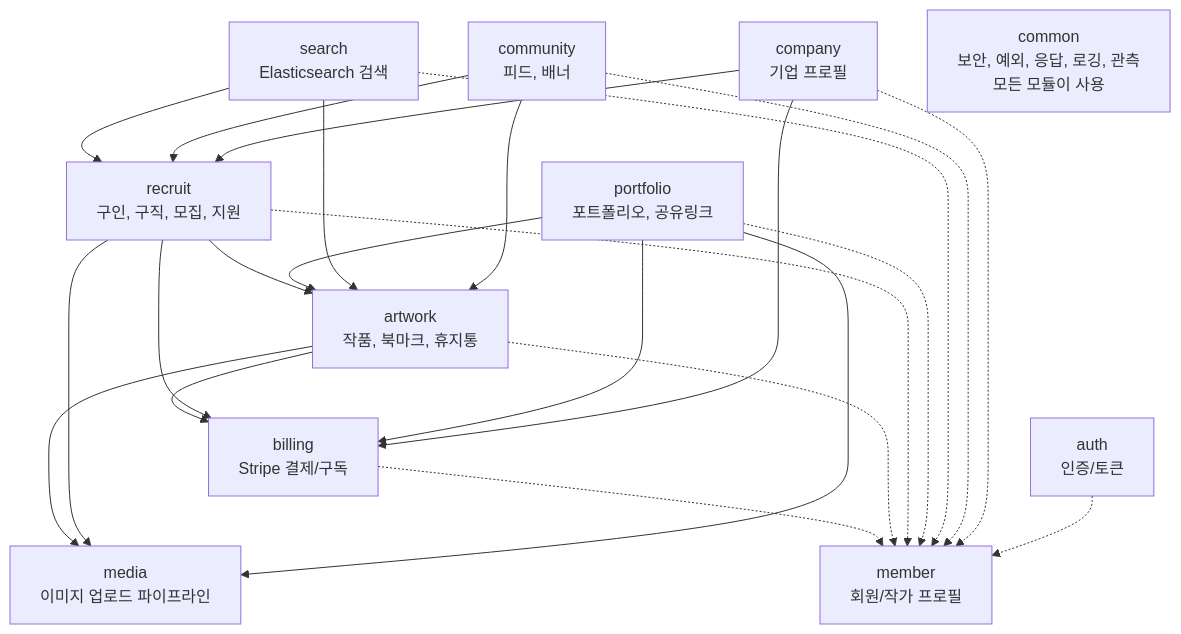
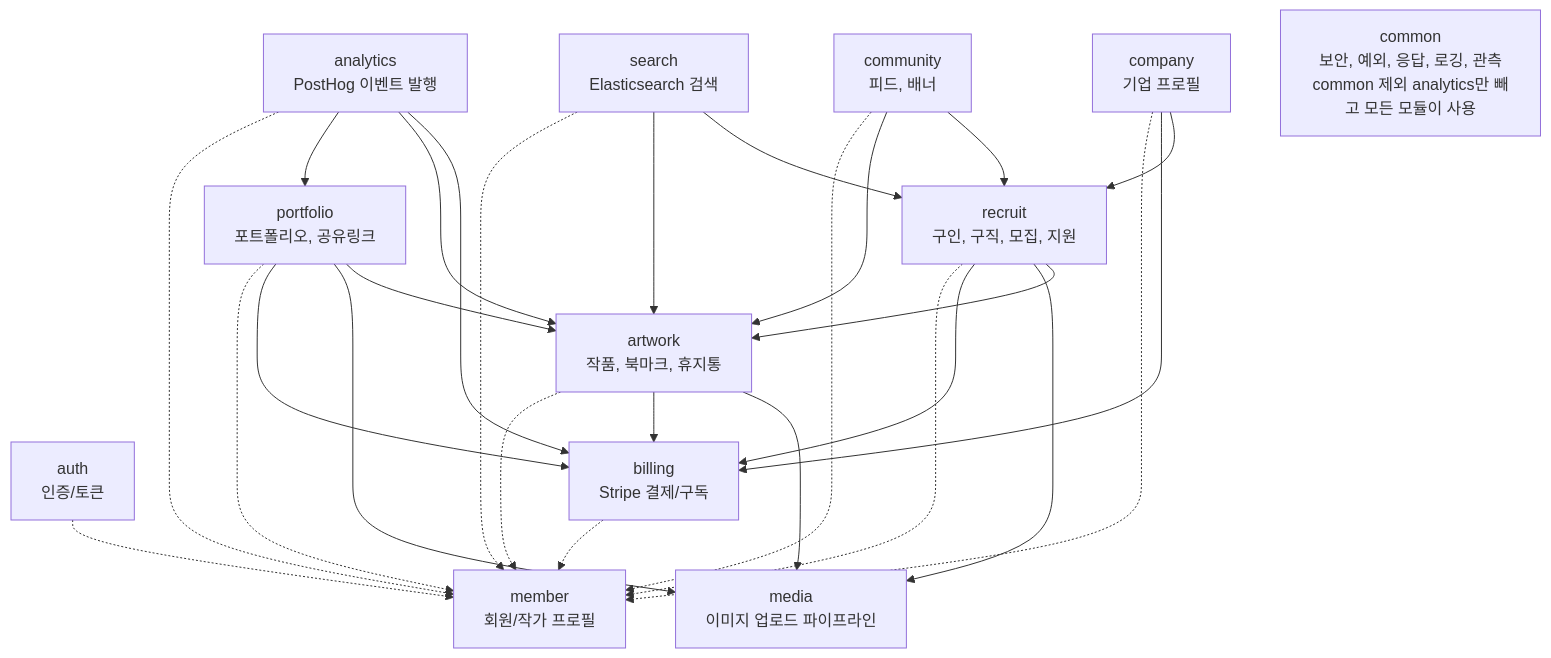
One commit to pack-in/at-crew-backend changed the diagram in docs/assets/modules.mmd. Above: the diagram before and after it, drawn with Mermaid. The commit also changed 24 other files, not shown here.

First line of the commit message:
feat(analytics): PostHog 이벤트 발행 인프라와 account_deleted를 붙인다

```diff
--- a/docs/assets/modules.mmd
+++ b/docs/assets/modules.mmd
@@ -1,42 +1,47 @@
 %% 화살표는 의존 방향(A --> B: A가 B의 공개 API를 호출하거나 B의 이벤트를 구독)이다.
 %% 정본은 ModularStructureTests가 만드는 build/spring-modulith-docs/components.puml이다.
 %% 모듈을 추가하거나 의존이 바뀌면 그 파일의 Rel 목록과 대조해 고친다.
 %% member로 가는 의존은 거의 모든 모듈에 있어 점선(-.->)으로 약하게 그린다.
 graph TD
   auth[auth<br/>인증/토큰]
   company[company<br/>기업 프로필]
   community[community<br/>피드, 배너]
   search[search<br/>Elasticsearch 검색]
   portfolio[portfolio<br/>포트폴리오, 공유링크]
   recruit[recruit<br/>구인, 구직, 모집, 지원]
   artwork[artwork<br/>작품, 북마크, 휴지통]
   billing[billing<br/>Stripe 결제/구독]
   media[media<br/>이미지 업로드 파이프라인]
   member[member<br/>회원/작가 프로필]
-  common[common<br/>보안, 예외, 응답, 로깅, 관측<br/>모든 모듈이 사용]
+  analytics[analytics<br/>PostHog 이벤트 발행]
+  common[common<br/>보안, 예외, 응답, 로깅, 관측<br/>common 제외 analytics만 빼고 모든 모듈이 사용]
 
   company --> recruit
   company --> billing
   community --> recruit
   community --> artwork
   search --> recruit
   search --> artwork
   portfolio --> artwork
   portfolio --> media
   portfolio --> billing
   recruit --> artwork
   recruit --> media
   recruit --> billing
   artwork --> media
   artwork --> billing
+  analytics --> billing
+  analytics --> artwork
+  analytics --> portfolio
   %% media를 billing 아래 층에 둬 두 모듈 사이에서 선이 교차하지 않게 한다(보이지 않는 선).
   billing ~~~ media
 
   auth -.-> member
   company -.-> member
   community -.-> member
   search -.-> member
   portfolio -.-> member
   recruit -.-> member
   artwork -.-> member
   billing -.-> member
+  analytics -.-> member
```
